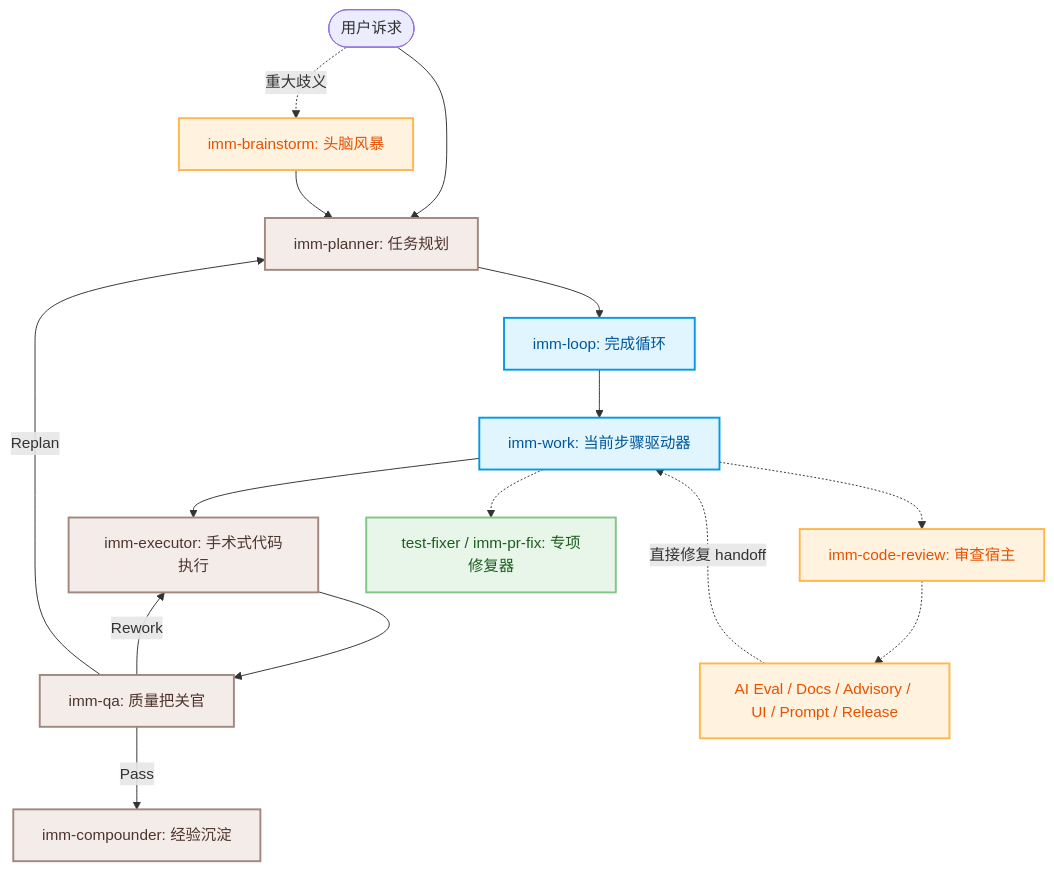
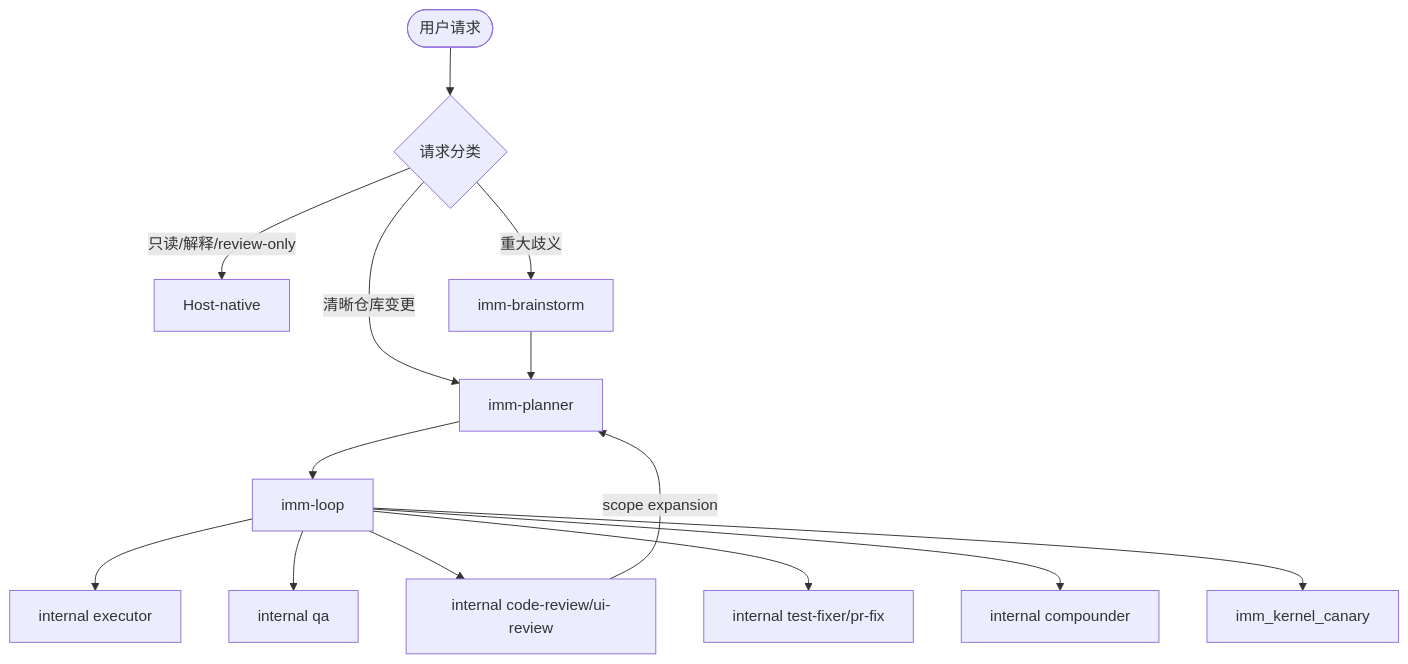
Before and after one commit to dereknex/immune-brain: the diagram in docs/reference/immune-brain-skills-guide.md, drawn with Mermaid. The commit also changed other lines of this file and 93 other files, not shown here.

````diff
--- a/docs/reference/immune-brain-skills-guide.md
+++ b/docs/reference/immune-brain-skills-guide.md
@@ -15,33 +17,16 @@
 ```mermaid
 graph TD
-    classDef coord fill:#e1f5fe,stroke:#039be5,stroke-width:2px,color:#01579b;
-    classDef auth fill:#f4ece8,stroke:#a1887f,stroke-width:2px,color:#4e342e;
-    classDef adv fill:#fff3e0,stroke:#ffb74d,stroke-width:2px,color:#e65100;
-    classDef spec fill:#e8f5e9,stroke:#81c784,stroke-width:2px,color:#1b5e20;
-
-    User([用户诉求]) --> Planner[imm-planner: 任务规划]
-    User -.重大歧义.-> Brainstorm[imm-brainstorm: 头脑风暴]
+    User([用户请求]) --> Route{请求分类}
+    Route -->|只读/解释/review-only| Host[Host-native]
+    Route -->|重大歧义| Brainstorm[imm-brainstorm]
+    Route -->|清晰仓库变更| Planner[imm-planner]
     Brainstorm --> Planner
-    Planner --> Run[imm-loop: 完成循环]
-    Run --> Work[imm-work: 当前步骤驱动器]
-    
-    Work --> Executor[imm-executor: 手术式代码执行]
-    
-    Executor --> QA[imm-qa: 质量把关官]
-    QA --> |Pass| Compounder[imm-compounder: 经验沉淀]
-    QA --> |Rework| Executor
-    QA --> |Replan| Planner
-    
-    %% 顾问联动
-    Work -.-> Review[imm-code-review: 审查宿主]
-    Review -.-> Advisory[AI Eval / Docs / Advisory / UI / Prompt / Release]
-    Advisory -.-> |直接修复 handoff| Work
-    
-    %% 专用
-    Work -.-> TestFixer[test-fixer / imm-pr-fix: 专项修复器]
-
-    class Run,Work coord;
-    class Planner,Executor,QA,Compounder auth;
-    class Brainstorm,Preplan,Review,Advisory adv;
-    class TestFixer spec;
+    Planner --> Loop[imm-loop]
+    Loop --> Executor[internal executor]
+    Loop --> QA[internal qa]
+    Loop --> Review[internal code-review/ui-review]
+    Loop --> Repair[internal test-fixer/pr-fix]
+    Loop --> Learn[internal compounder]
+    Loop --> Kernel[imm_kernel_canary]
+    Review -->|scope expansion| Planner
 ```
````
